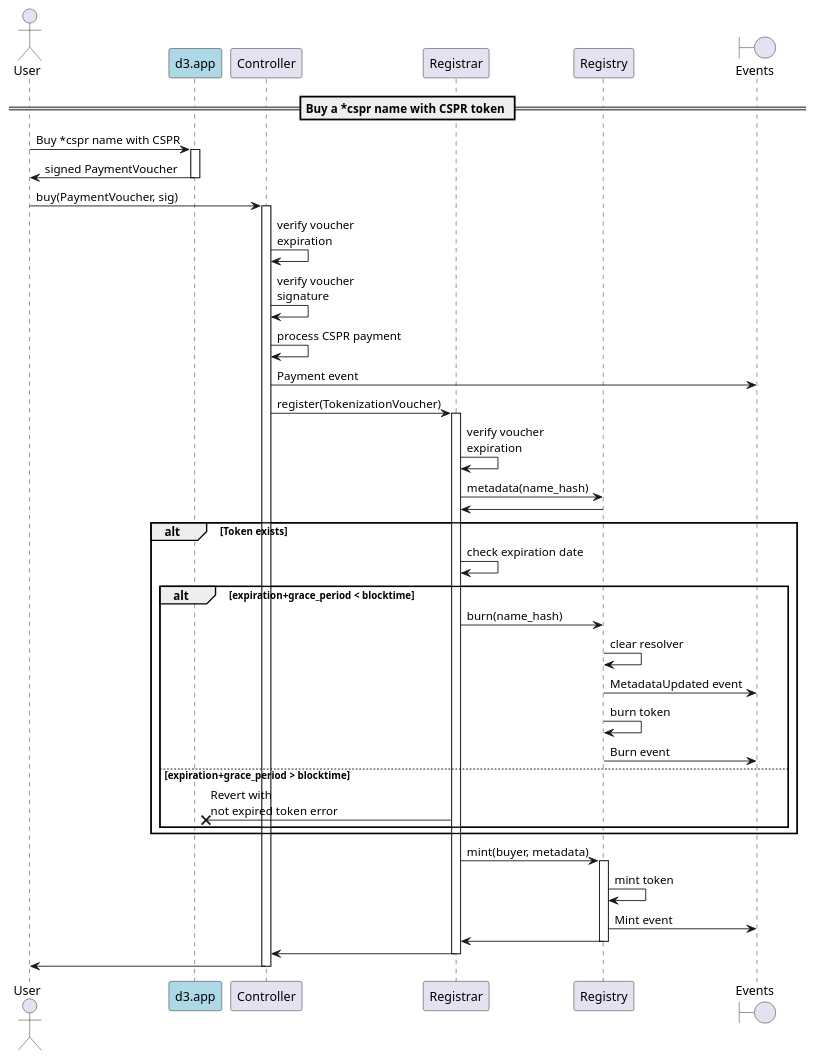
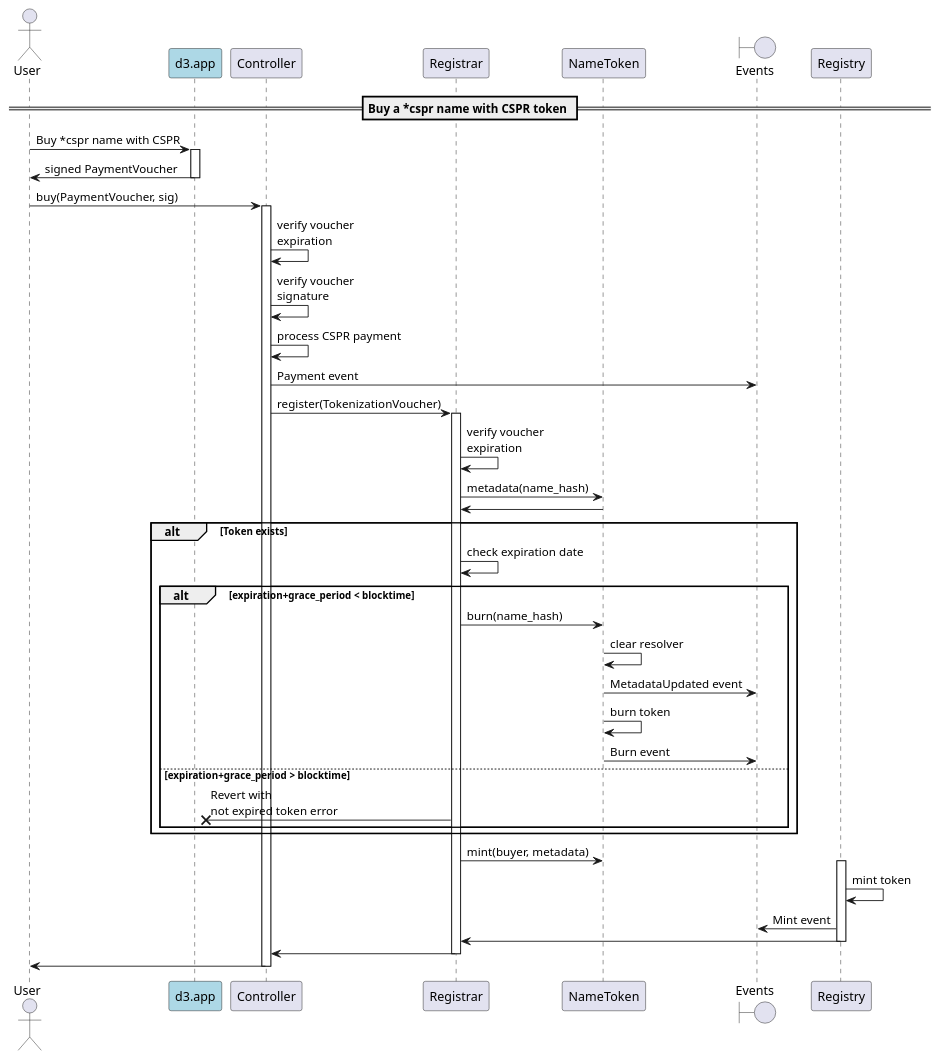
One commit to make-software/cspr-name-contracts changed the diagram in docs/sequence-diagrams/puml/onchain-purchase.puml. Above: the diagram before and after it, drawn with PlantUML. The commit also changed 14 other files, not shown here.

Commit message:
Renamed Registry contract with NameToken in the sequence diagrams. (part 2)

```diff
--- a/docs/sequence-diagrams/puml/onchain-purchase.puml
+++ b/docs/sequence-diagrams/puml/onchain-purchase.puml
@@ -1,53 +1,53 @@
 @startuml
 'https://plantuml.com/sequence-diagram
 
 'autonumber
 actor User
 participant "d3.app" as d3 #lightblue
 participant "Controller"
 participant "Registrar"
-participant "Registry"
+participant "NameToken"
 boundary "Events"
 
 == Buy a *cspr name with CSPR token ==
 
 User -> d3: Buy *cspr name with CSPR
 activate d3
 d3 -> User: signed PaymentVoucher
 deactivate d3
 
 User -> Controller: buy(PaymentVoucher, sig)
 activate Controller
 Controller -> Controller: verify voucher\nexpiration
 Controller -> Controller: verify voucher\nsignature
 Controller -> Controller: process CSPR payment
 Controller -> "Events": Payment event
 Controller -> Registrar: register(TokenizationVoucher)
 activate Registrar
 Registrar -> Registrar: verify voucher\nexpiration
-Registrar -> Registry: metadata(name_hash)
-Registry -> Registrar
+Registrar -> NameToken: metadata(name_hash)
+NameToken -> Registrar
 alt Token exists
     Registrar -> Registrar: check expiration date
     alt expiration+grace_period < blocktime
-        Registrar -> Registry: burn(name_hash)
-        Registry -> Registry: clear resolver
-        Registry -> "Events": MetadataUpdated event
-        Registry -> Registry: burn token
-        Registry -> "Events": Burn event
+        Registrar -> NameToken: burn(name_hash)
+        NameToken -> NameToken: clear resolver
+        NameToken -> "Events": MetadataUpdated event
+        NameToken -> NameToken: burn token
+        NameToken -> "Events": Burn event
     else expiration+grace_period > blocktime
         Registrar ->x d3: Revert with\nnot expired token error
     end
 end
-Registrar -> Registry: mint(buyer, metadata)
+Registrar -> NameToken: mint(buyer, metadata)
 activate Registry
 Registry -> Registry: mint token
 Registry -> "Events": Mint event
 Registry -> Registrar
 deactivate Registry
 Registrar -> Controller
 deactivate Registrar
 Controller -> User
 deactivate Controller
 
 @enduml
```
